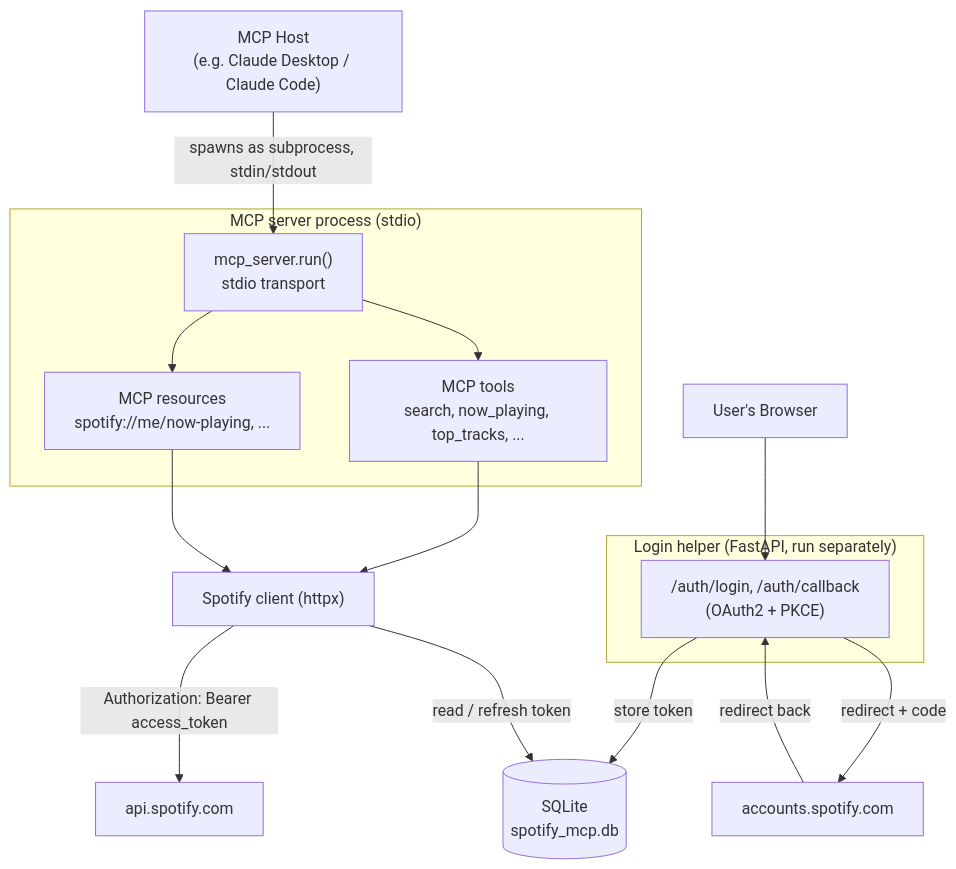
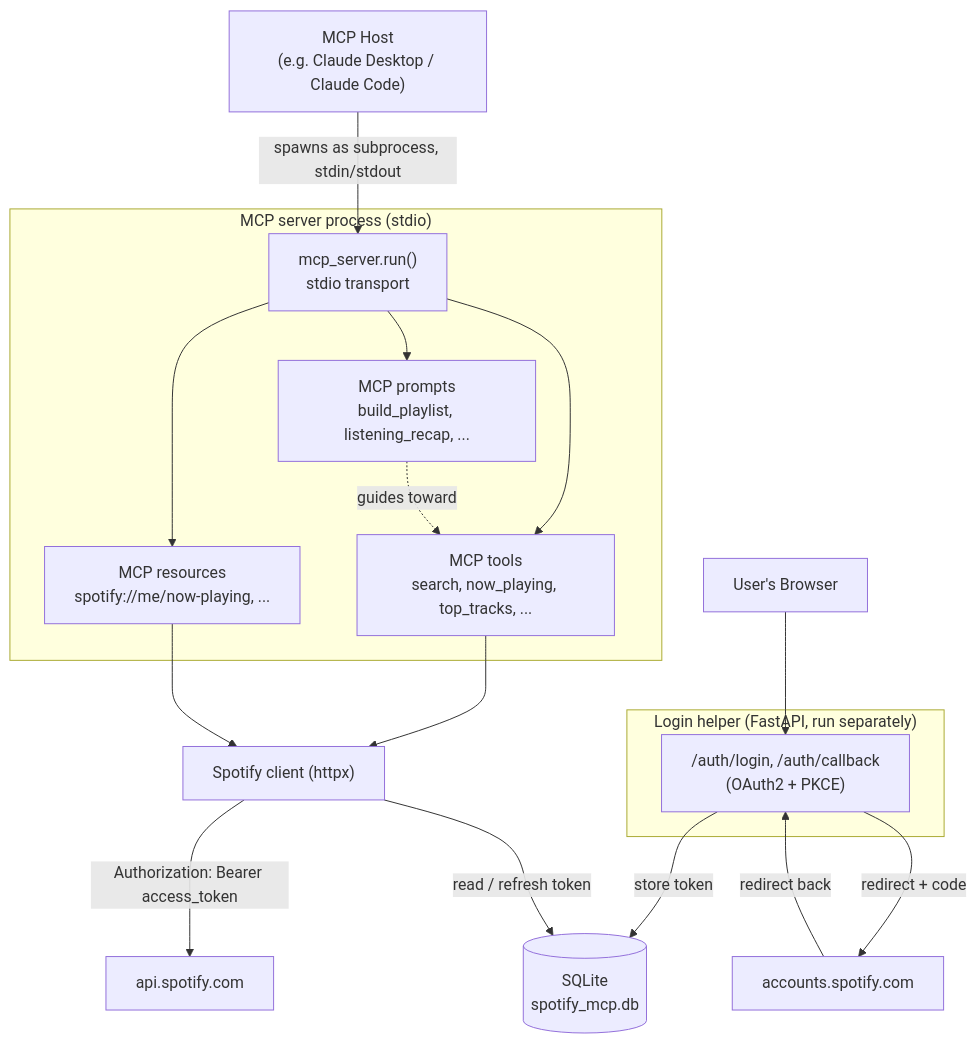
One commit to Pacolias/spotify-mcp changed the diagram in README.md. Above: the diagram before and after it, drawn with Mermaid. The commit also changed other lines of this file and 2 other files, not shown here.

Commit message:
docs: log MCP prompts journal entry, document prompts in README

````diff
--- a/README.md
+++ b/README.md
@@ -18,34 +18,37 @@
 ```mermaid
 graph TD
     Host["MCP Host<br/>(e.g. Claude Desktop / Claude Code)"]
     Browser["User's Browser"]
 
     subgraph Stdio["MCP server process (stdio)"]
         MCPServer["mcp_server.run()<br/>stdio transport"]
         Tools["MCP tools<br/>search, now_playing, top_tracks, ..."]
         Resources["MCP resources<br/>spotify://me/now-playing, ..."]
+        Prompts["MCP prompts<br/>build_playlist, listening_recap, ..."]
     end
 
     subgraph LoginApp["Login helper (FastAPI, run separately)"]
         AuthRoutes["/auth/login, /auth/callback<br/>(OAuth2 + PKCE)"]
     end
 
     SpotifyClient["Spotify client (httpx)"]
     DB[("SQLite<br/>spotify_mcp.db")]
     SpotifyAPI["api.spotify.com"]
     SpotifyAuth["accounts.spotify.com"]
 
     Host -->|"spawns as subprocess, stdin/stdout"| MCPServer
     MCPServer --> Tools
     MCPServer --> Resources
+    MCPServer --> Prompts
     Tools --> SpotifyClient
     Resources --> SpotifyClient
+    Prompts -.->|"guides toward"| Tools
 
     Browser --> AuthRoutes
     AuthRoutes -->|"redirect + code"| SpotifyAuth
     SpotifyAuth -->|"redirect back"| AuthRoutes
     AuthRoutes -->|"store token"| DB
 
     SpotifyClient -->|"read / refresh token"| DB
     SpotifyClient -->|"Authorization: Bearer access_token"| SpotifyAPI
 ```
````
